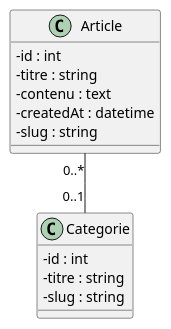
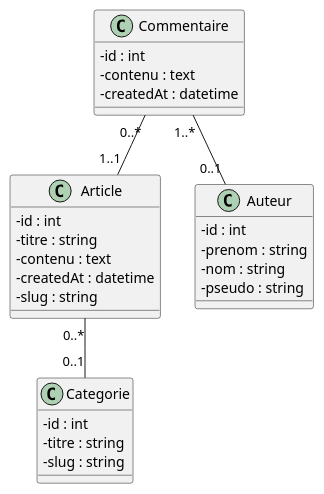
Before and after one commit to liamgnb/symfony-blog: the diagram in documentation/diagramme_classes.puml, drawn with PlantUML. The commit also changed 13 other files, not shown here.

```diff
--- a/documentation/diagramme_classes.puml
+++ b/documentation/diagramme_classes.puml
@@ -1,20 +1,35 @@
 @startuml
 skinparam classAttributeIconSize 0
 
 class Article {
     - id : int
     - titre : string
     - contenu : text
     - createdAt : datetime
     - slug : string
 }
 
 class Categorie {
-    -id : int
+    - id : int
     - titre : string
     - slug : string
 }
 
+class Commentaire {
+    - id : int
+    - contenu : text
+    - createdAt : datetime
+}
+
+class Auteur {
+    - id : int
+    - prenom : string
+    - nom : string
+    - pseudo : string
+}
+
 Article "0..*" -- "0..1" Categorie
+Commentaire "1..*" -- "0..1" Auteur
+Commentaire "0..*" -- "1..1" Article
 
 @enduml
```
